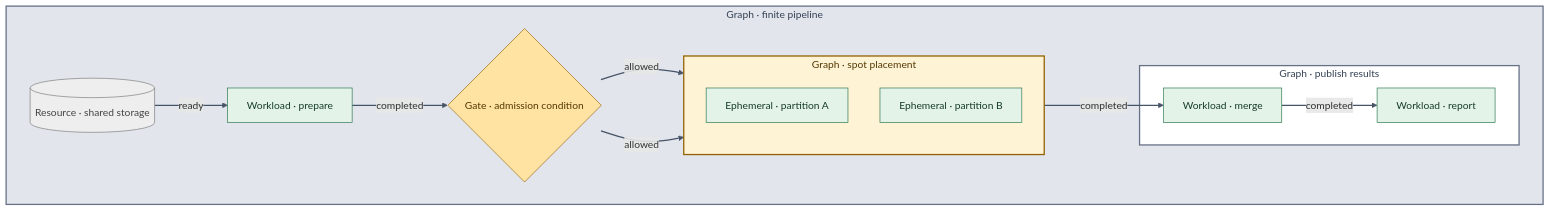
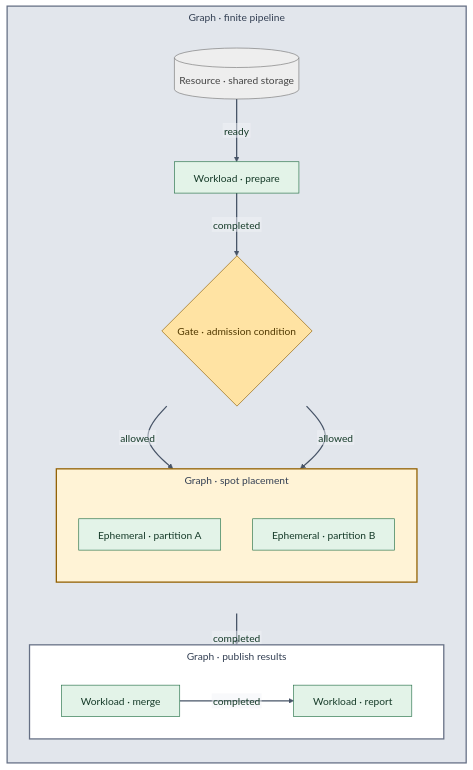
Before and after one commit to astrivant/polyad: the seventh of 8 diagrams in README.md, drawn with Mermaid. The commit also changed other lines of this file and 1 other file, not shown here.

Commit message:
Fix diagrams

````diff
--- a/README.md
+++ b/README.md
@@ -338,34 +473,52 @@
 ```mermaid
-flowchart LR
+---
+config:
+  theme: base
+  htmlLabels: false
+  themeVariables:
+    primaryTextColor: "#163b29"
+    secondaryTextColor: "#513900"
+    tertiaryTextColor: "#344054"
+    clusterBkg: "#f2f4f7"
+    clusterBorder: "#667085"
+    titleColor: "#344054"
+    edgeLabelBackground: "#f2f4f7"
+    lineColor: "#667085"
+  flowchart:
+    subGraphTitleMargin:
+      top: 8
+      bottom: 20
+---
+flowchart TB
     subgraph pipeline["Graph · finite pipeline"]
-        direction LR
+        direction TB
         storage[("Resource · shared storage")]
         prepare["Workload · prepare"]
         gate{"Gate · admission condition"}
         subgraph workers["Graph · spot placement"]
             direction TB
             left["Ephemeral · partition A"]
             right["Ephemeral · partition B"]
         end
         subgraph publish["Graph · publish results"]
             merge["Workload · merge"]
             report["Workload · report"]
             merge -->|completed| report
         end
         storage -->|ready| prepare
         prepare -->|completed| gate
         gate -->|allowed| left
         gate -->|allowed| right
-        workers -->|completed| merge
+        workers -->|completed| publish
     end
     classDef execution fill:#e3f3e8,stroke:#247047,color:#163b29
     classDef constraint fill:#ffe3a3,stroke:#926000,color:#513900
     classDef resource fill:#eeeeee,stroke:#777777,color:#444444
     class prepare,left,right,merge,report execution
     class gate constraint
     class storage resource
     style pipeline fill:#e2e6ec,stroke:#667085,stroke-width:2px,color:#344054
     style workers fill:#fff3d6,stroke:#926000,stroke-width:2px,color:#513900
     style publish fill:#ffffff,stroke:#667085,stroke-width:2px,color:#344054
     linkStyle default stroke:#475467,stroke-width:2px
 ```
````
